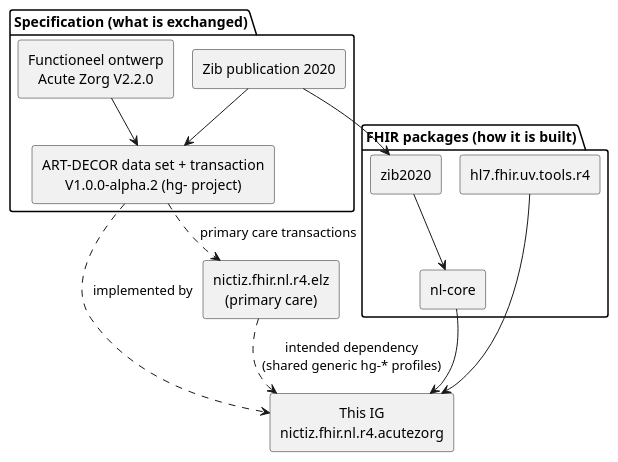
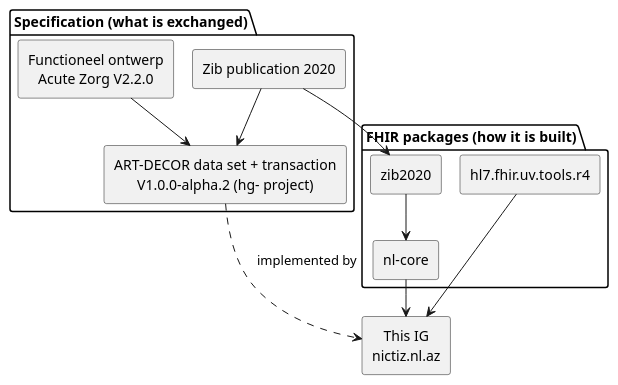
The diagram in input/images-source/dependencies.plantuml (Nictiz/AZ-IG), drawn with PlantUML before and after one commit. The commit also changed 16 other files, not shown here.

```diff
--- a/input/images-source/dependencies.plantuml
+++ b/input/images-source/dependencies.plantuml
@@ -1,32 +1,29 @@
 @startuml
 ' Use PlantUML's built-in layout engine (no Graphviz/dot dependency in the IG Publisher build)
 !pragma layout smetana
 skinparam componentStyle rectangle
 skinparam shadowing false
 skinparam defaultTextAlignment center
 
 package "Specification (what is exchanged)" {
   [Functioneel ontwerp\nAcute Zorg V2.2.0] as FO
   [ART-DECOR data set + transaction\nV1.0.0-alpha.2 (hg- project)] as AD
   [Zib publication 2020] as ZIB
 }
 
 package "FHIR packages (how it is built)" {
   [zib2020] as ZIB2020
   [nl-core] as NLCORE
   [hl7.fhir.uv.tools.r4] as TOOLS
 }
 
-[This IG\nnictiz.fhir.nl.r4.acutezorg] as AZ
-[nictiz.fhir.nl.r4.elz\n(primary care)] as ELZ
+[This IG\nnictiz.nl.az] as AZ
 
 FO --> AD
 ZIB --> AD
 ZIB --> ZIB2020
 ZIB2020 --> NLCORE
 NLCORE --> AZ
 TOOLS --> AZ
 AD ..> AZ : implemented by
-AD ..> ELZ : primary care transactions
-ELZ ..> AZ : intended dependency\n(shared generic hg-* profiles)
 @enduml
```
